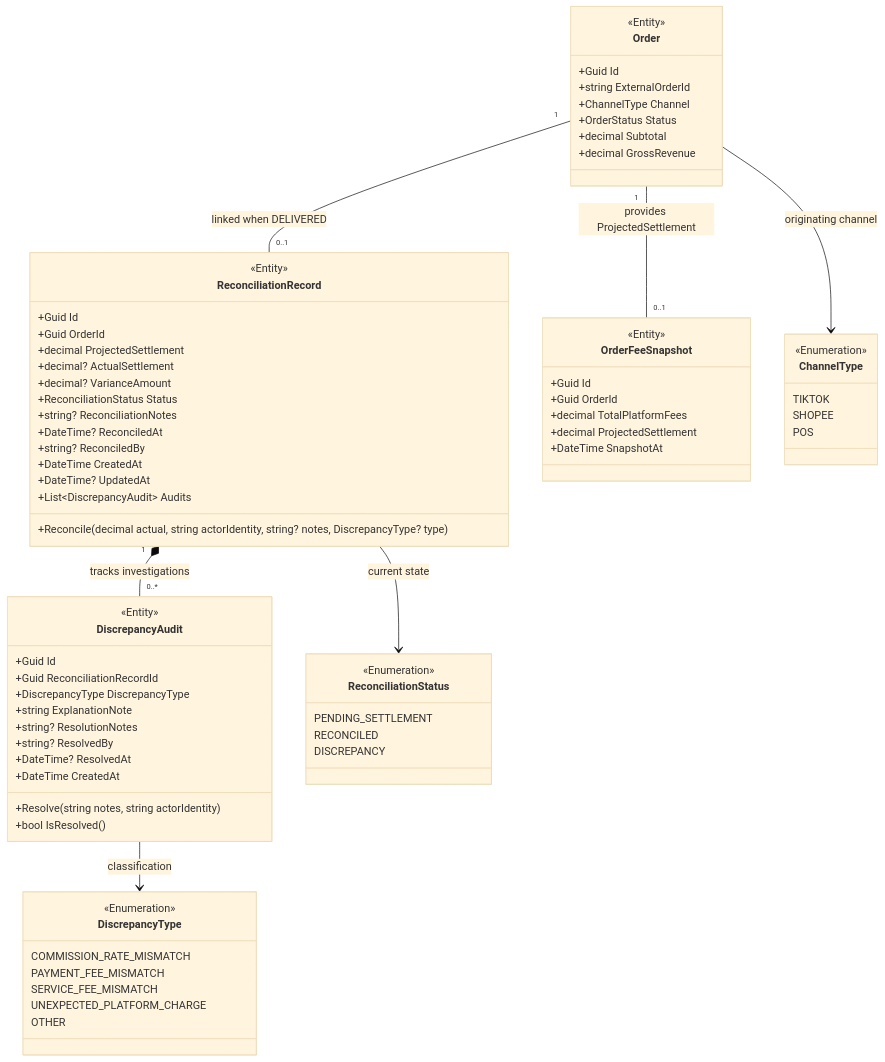
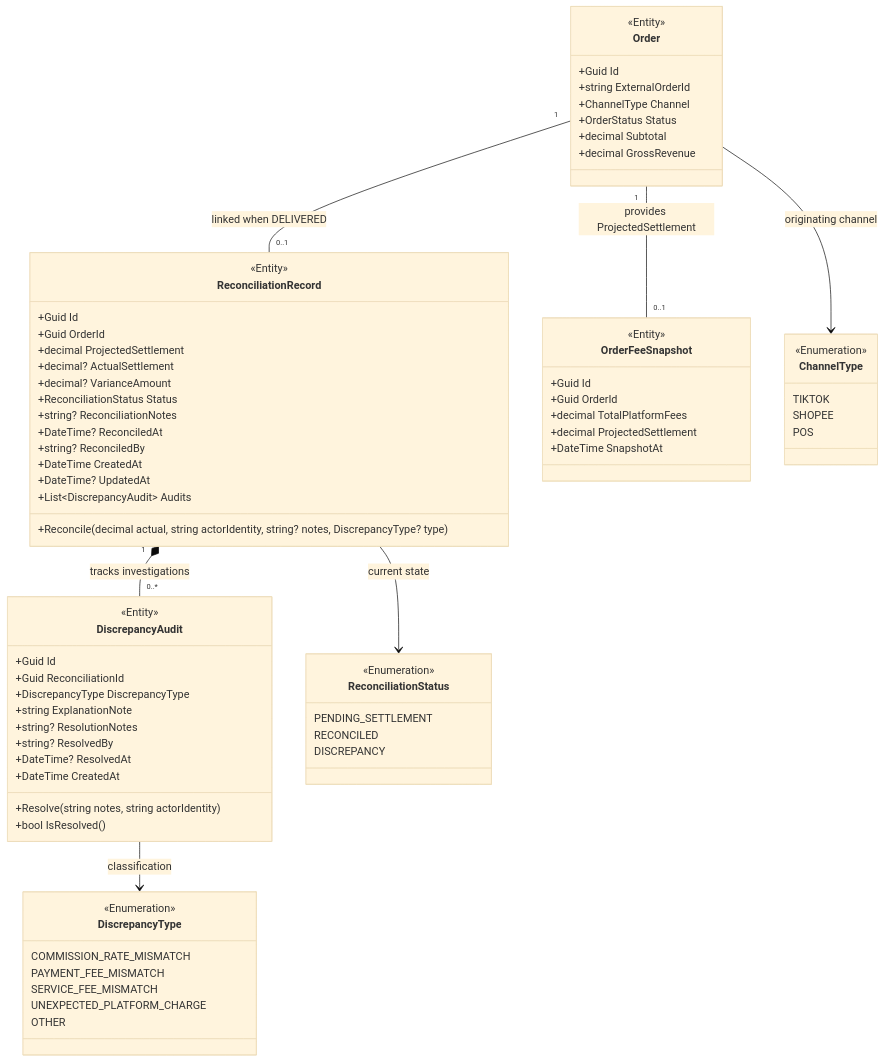
Before and after one commit to duchoa0405/Quanly_DoanhThu_LoiNhuan_DangDucHoa_VSF: the third of 3 diagrams in docs/architecture/class_diagram_settlement_discrepancy_en.md, drawn with Mermaid (base theme). The commit also changed other lines of this file and 3 other files, not shown here.

Commit message:
docs(architecture): align discrepancy, fee snapshot, and analytics DTO naming with OpenAPI P06

```diff
--- a/docs/architecture/class_diagram_settlement_discrepancy_en.md
+++ b/docs/architecture/class_diagram_settlement_discrepancy_en.md
@@ -367,7 +376,7 @@
     class DiscrepancyAudit {
         <<Entity>>
         +Guid Id
-        +Guid ReconciliationRecordId
+        +Guid ReconciliationId
         +DiscrepancyType DiscrepancyType
         +string ExplanationNote
         +string? ResolutionNotes
```
